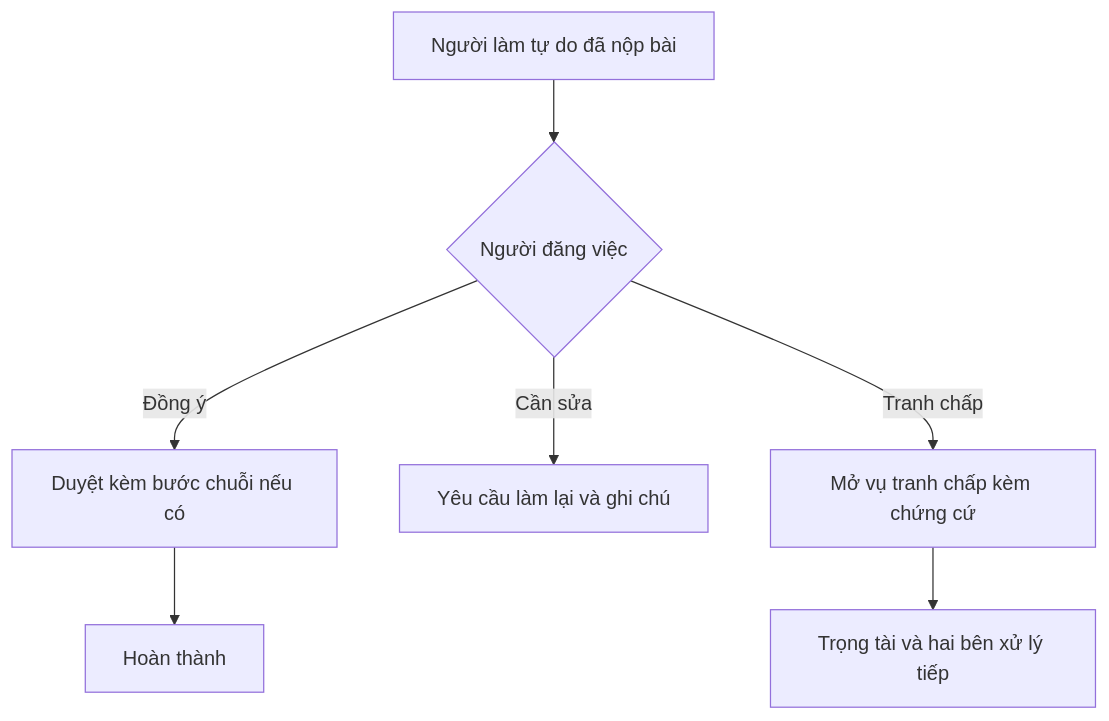
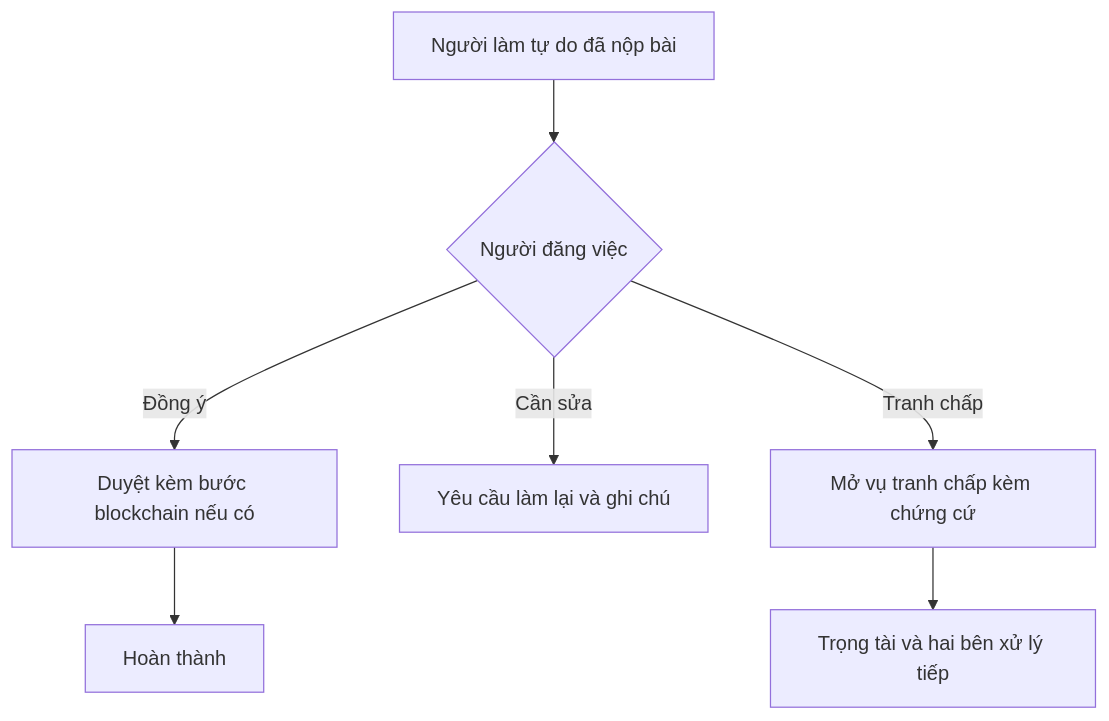
One commit to dmt041104111003/docs-nckh changed the fourth of 5 diagrams in poster.md. Above: the diagram before and after it, drawn with Mermaid. The commit also changed other lines of this file and 9 other files, not shown here.

````diff
--- a/poster.md
+++ b/poster.md
@@ -70,9 +85,9 @@
 ```mermaid
 flowchart TD
   A[Người làm tự do đã nộp bài] --> B{Người đăng việc}
-  B -->|Đồng ý| C[Duyệt kèm bước chuỗi nếu có]
+  B -->|Đồng ý| C[Duyệt kèm bước blockchain nếu có]
   B -->|Cần sửa| D[Yêu cầu làm lại và ghi chú]
   B -->|Tranh chấp| E[Mở vụ tranh chấp kèm chứng cứ]
   C --> F[Hoàn thành]
   E --> G[Trọng tài và hai bên xử lý tiếp]
 ```
````
